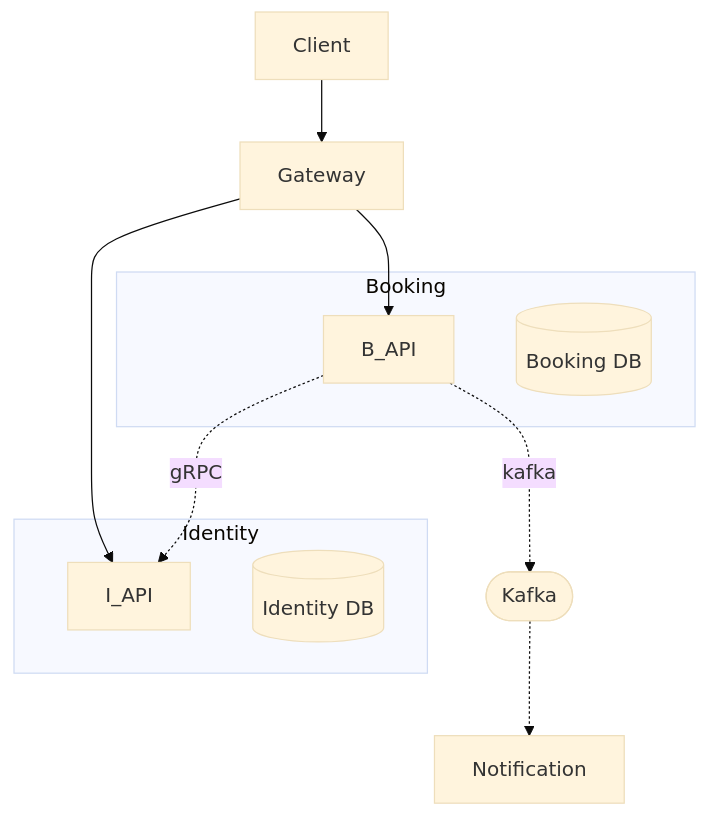
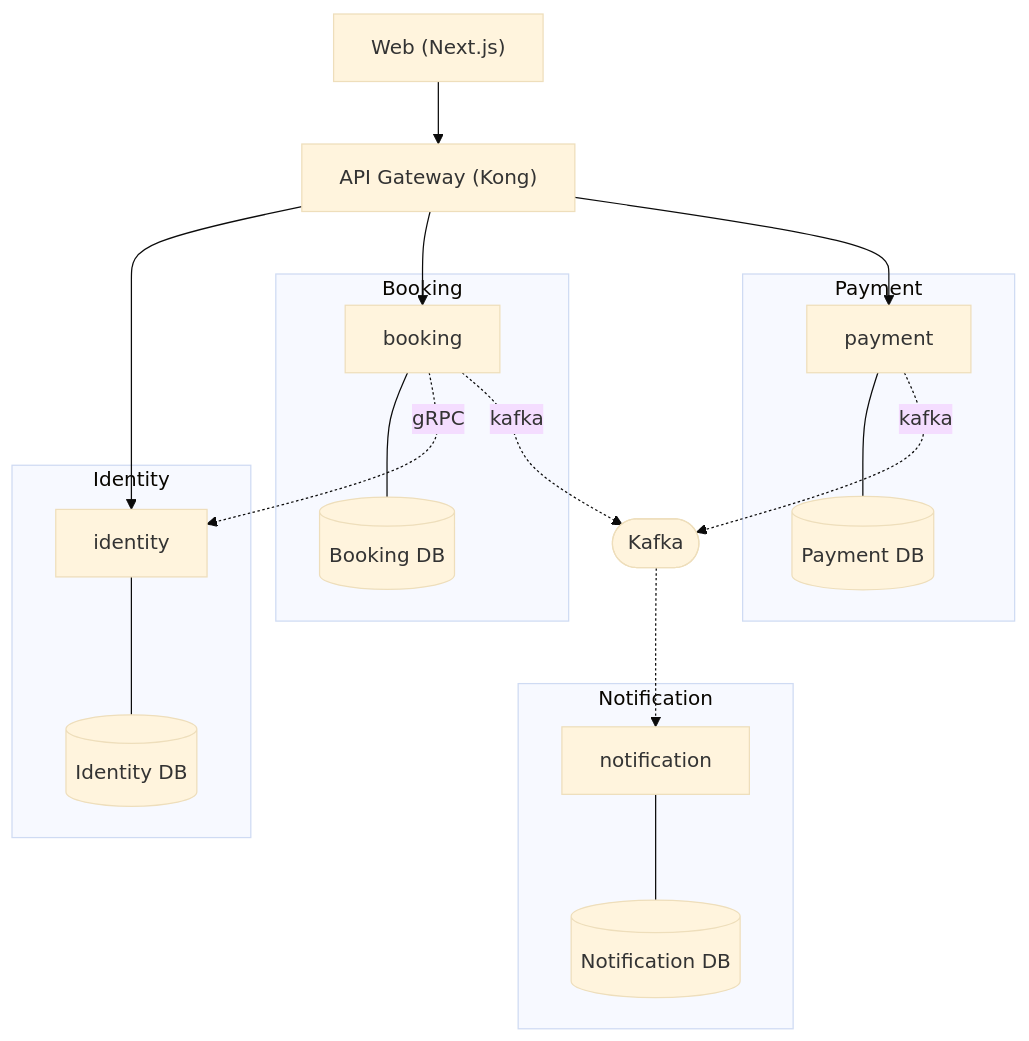
One commit to aoecosystem/agentic-workflow changed the diagram in deliverables/architecture/styles/microservices.md. Above: the diagram before and after it, drawn with Mermaid (base theme). The commit also changed other lines of this file and 99 other files, not shown here.

````diff
--- a/deliverables/architecture/styles/microservices.md
+++ b/deliverables/architecture/styles/microservices.md
@@ -123,17 +246,31 @@
 ```mermaid
 flowchart TB
-  Client --> Gateway
+  Client["Web (Next.js)"] --> Gateway["API Gateway (Kong)"]
   subgraph Identity
-    I_API
+    I_API["identity"]
     I_DB[(Identity DB)]
+    I_API --- I_DB
   end
   subgraph Booking
-    B_API
+    B_API["booking"]
     B_DB[(Booking DB)]
+    B_API --- B_DB
+  end
+  subgraph Payment
+    P_API["payment"]
+    P_DB[(Payment DB)]
+    P_API --- P_DB
+  end
+  subgraph Notification
+    N_API["notification"]
+    N_DB[(Notification DB)]
+    N_API --- N_DB
   end
   Gateway --> I_API
   Gateway --> B_API
+  Gateway --> P_API
   B_API -.->|gRPC| I_API
   B_API -.->|kafka| Kafka([Kafka])
-  Kafka -.-> Notif[Notification]
+  P_API -.->|kafka| Kafka
+  Kafka -.-> N_API
 ```
````
